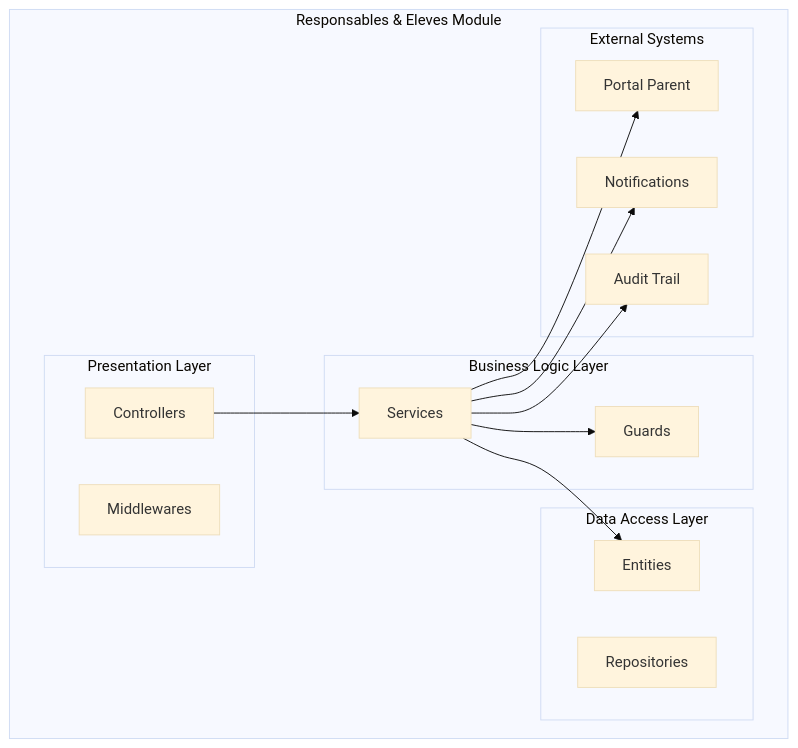
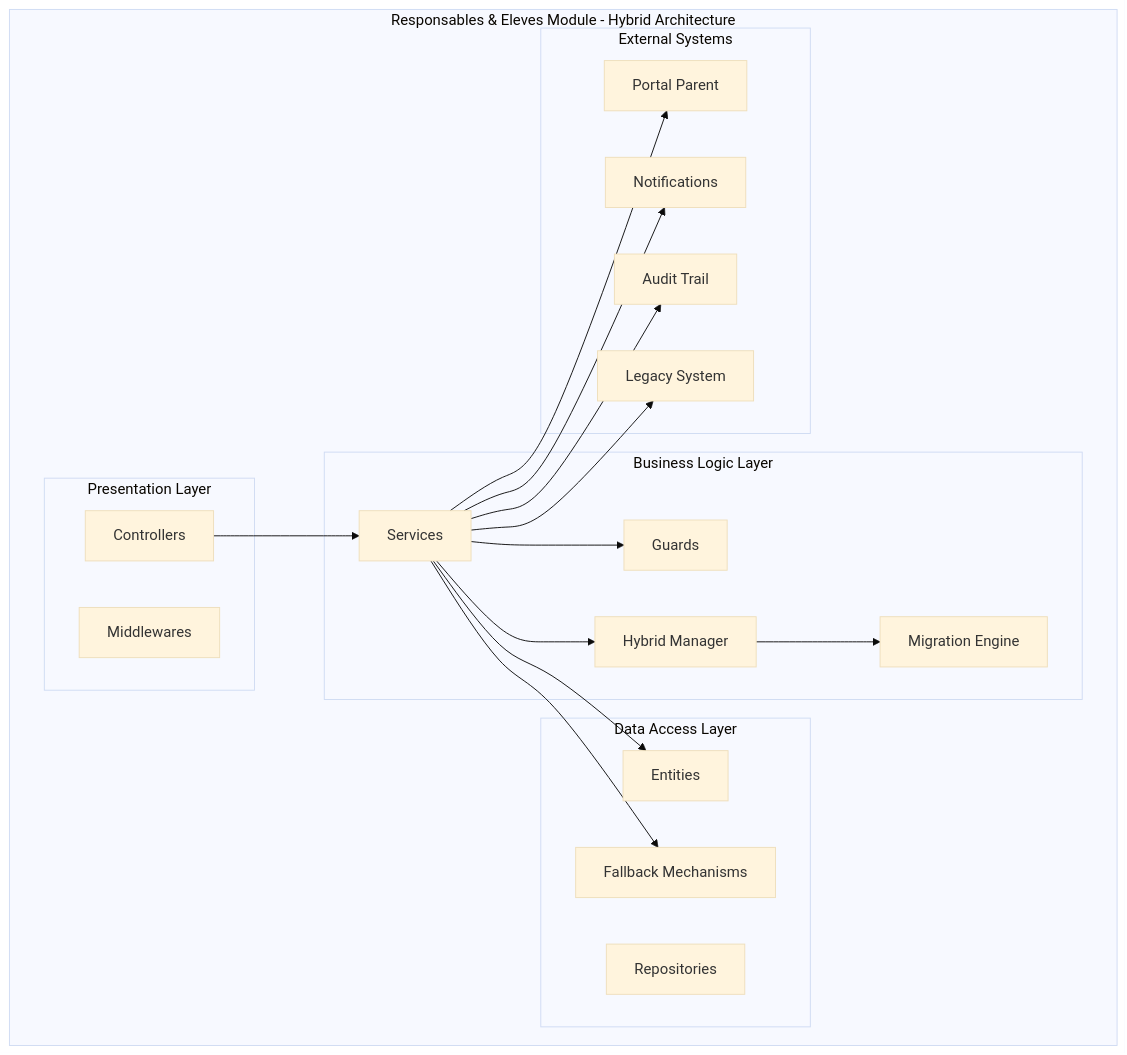
The first of 13 diagrams in .qoder/repowiki/en/content/Modules & Features/Responsables & Eleves Module.md (franckylab/eLISAschool), drawn with Mermaid (base theme) before and after one commit. The commit also changed other lines of this file and 33 other files, not shown here.

````diff
--- a/.qoder/repowiki/en/content/Modules & Features/Responsables & Eleves Module.md
+++ b/.qoder/repowiki/en/content/Modules & Features/Responsables & Eleves Module.md
@@ -49,28 +64,36 @@
 ```mermaid
 graph TB
-subgraph "Responsables & Eleves Module"
+subgraph "Responsables & Eleves Module - Hybrid Architecture"
 subgraph "Presentation Layer"
 Controllers[Controllers]
 Middlewares[Middlewares]
 end
 subgraph "Business Logic Layer"
 Services[Services]
 Guards[Guards]
+HybridManager[Hybrid Manager]
+MigrationEngine[Migration Engine]
 end
 subgraph "Data Access Layer"
 Entities[Entities]
 Repositories[Repositories]
+FallbackMechanisms[Fallback Mechanisms]
 end
 subgraph "External Systems"
 Portal[Portal Parent]
 Notifications[Notifications]
 Audit[Audit Trail]
+LegacySystem[Legacy System]
 end
 end
 Controllers --> Services
 Services --> Guards
+Services --> HybridManager
+HybridManager --> MigrationEngine
 Services --> Entities
+Services --> FallbackMechanisms
 Services --> Portal
 Services --> Notifications
 Services --> Audit
+Services --> LegacySystem
 ```
````
